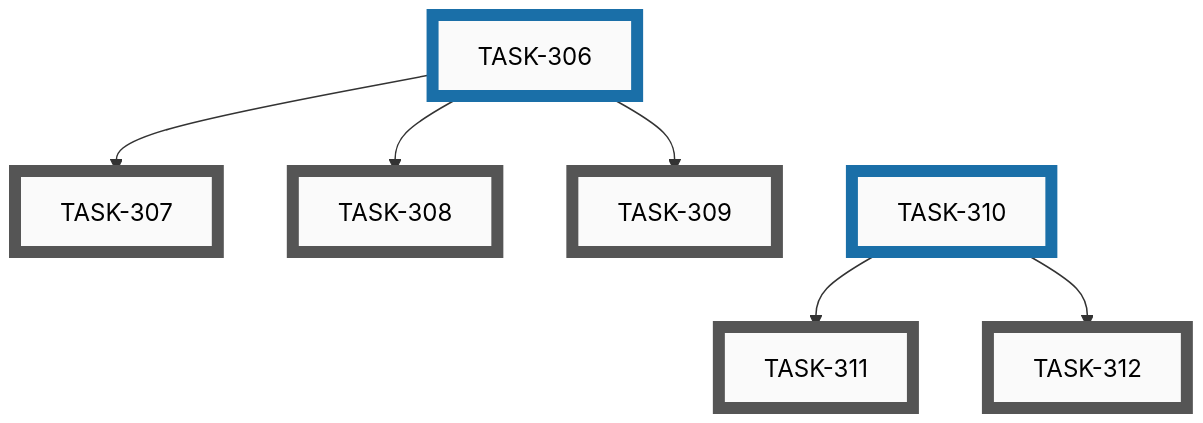
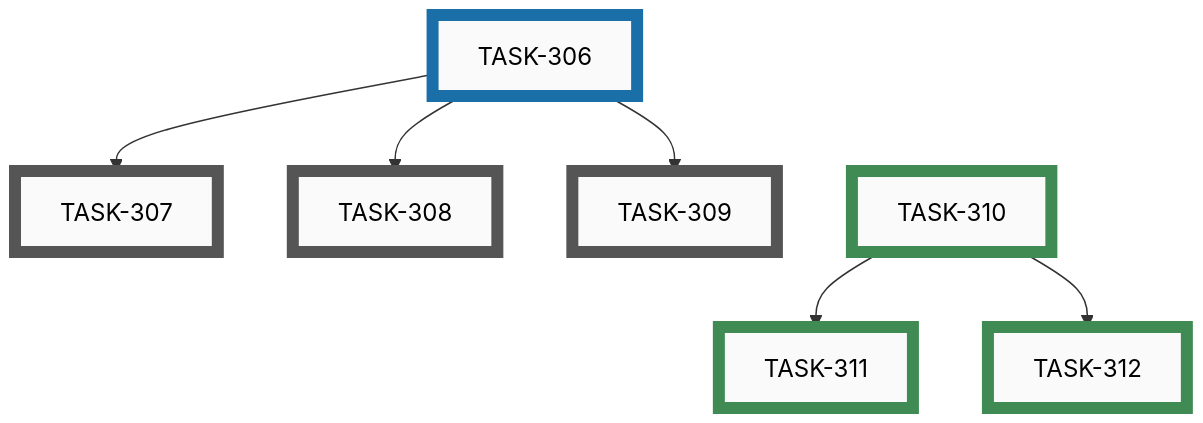
One commit to tgd1975/AwesomeStudioPedal changed the fifth of 6 diagrams in docs/developers/tasks/EPICS.md. Above: the diagram before and after it, drawn with Mermaid. The commit also changed other lines of this file and 23 other files, not shown here.

````diff
--- a/docs/developers/tasks/EPICS.md
+++ b/docs/developers/tasks/EPICS.md
@@ -161,31 +161,31 @@
 ```mermaid
 graph TD
     TASK_307["TASK-307"]:::open
     TASK_308["TASK-308"]:::open
     TASK_309["TASK-309"]:::open
-    TASK_311["TASK-311"]:::open
-    TASK_312["TASK-312"]:::open
     TASK_306["TASK-306"]:::active
-    TASK_310["TASK-310"]:::active
+    TASK_310["TASK-310"]:::closed
+    TASK_311["TASK-311"]:::closed
+    TASK_312["TASK-312"]:::closed
     TASK_306 --> TASK_307
     TASK_306 --> TASK_308
     TASK_306 --> TASK_309
     TASK_310 --> TASK_311
     TASK_310 --> TASK_312
     TASK_306 ~~~ TASK_310
     click TASK_307 "open/task-307-profile-independent-actions-simulator.md"
     click TASK_308 "open/task-308-profile-independent-actions-config-builder.md"
     click TASK_309 "open/task-309-profile-independent-actions-flutter-app.md"
-    click TASK_311 "open/task-311-configurable-ble-device-name-config-builder.md"
-    click TASK_312 "open/task-312-configurable-ble-device-name-flutter-app.md"
     click TASK_306 "active/task-306-profile-independent-actions-firmware.md"
-    click TASK_310 "active/task-310-configurable-ble-device-name-firmware.md"
+    click TASK_310 "closed/task-310-configurable-ble-device-name-firmware.md"
+    click TASK_311 "closed/task-311-configurable-ble-device-name-config-builder.md"
+    click TASK_312 "closed/task-312-configurable-ble-device-name-flutter-app.md"
     classDef open    fill:#FAFAFA,stroke:#555,stroke-width:8px,color:#000
     classDef active  fill:#FAFAFA,stroke:#1A6FA8,stroke-width:8px,color:#000
     classDef closed  fill:#FAFAFA,stroke:#3F8B53,stroke-width:8px,color:#000
     classDef paused  fill:#FAFAFA,stroke:#B07810,stroke-width:8px,color:#000
     classDef openExt    fill:#000,stroke:#888,stroke-width:8px,color:#FFF
     classDef activeExt  fill:#000,stroke:#3FA9F5,stroke-width:8px,color:#FFF
     classDef closedExt  fill:#000,stroke:#7CC68A,stroke-width:8px,color:#FFF
     classDef pausedExt  fill:#000,stroke:#F0B030,stroke-width:8px,color:#FFF
 ```
````
